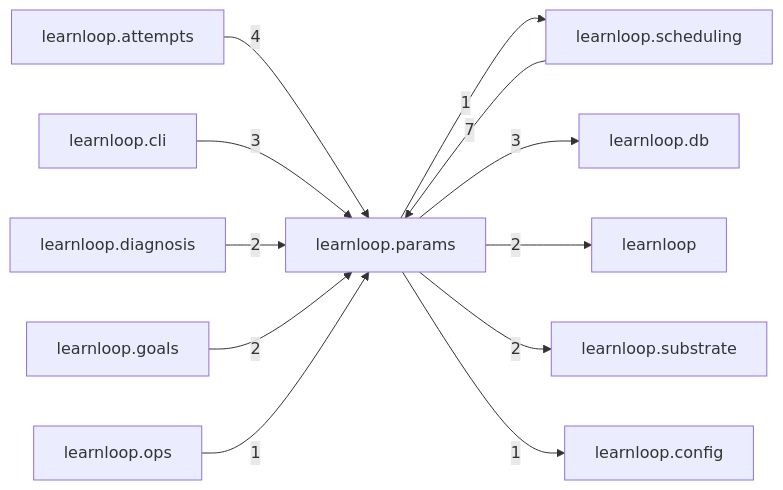
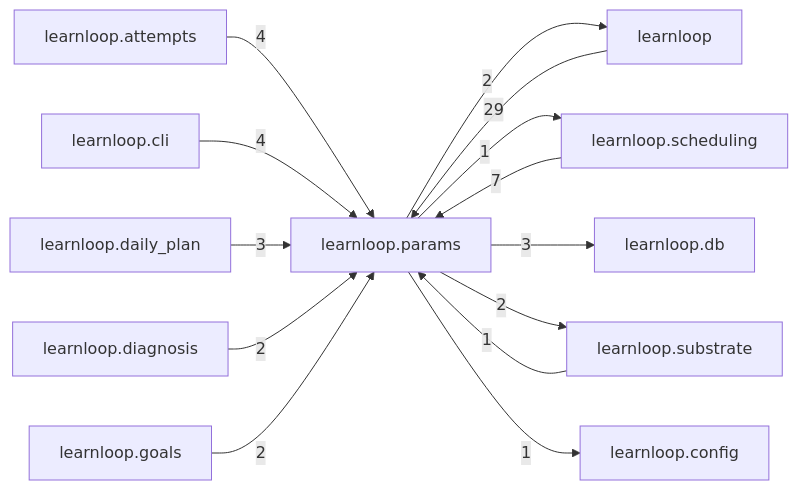
Before and after one commit to 6up-b/learnanything: the diagram in docs/learnloop-architecture-vault/Reference/Modules/learnloop/params/_package.md, drawn with Mermaid. The commit also changed other lines of this file and 1202 other files, not shown here.

````diff
--- a/docs/learnloop-architecture-vault/Reference/Modules/learnloop/params/_package.md
+++ b/docs/learnloop-architecture-vault/Reference/Modules/learnloop/params/_package.md
@@ -81,25 +89,27 @@
 ```mermaid
 flowchart LR
     center["learnloop.params"]
+    n_learnloop["learnloop"]
     n_learnloop_scheduling["learnloop.scheduling"]
     n_learnloop_attempts["learnloop.attempts"]
     n_learnloop_cli["learnloop.cli"]
+    n_learnloop_daily_plan["learnloop.daily_plan"]
     n_learnloop_db["learnloop.db"]
-    n_learnloop["learnloop"]
+    n_learnloop_substrate["learnloop.substrate"]
     n_learnloop_diagnosis["learnloop.diagnosis"]
     n_learnloop_goals["learnloop.goals"]
-    n_learnloop_substrate["learnloop.substrate"]
     n_learnloop_config["learnloop.config"]
-    n_learnloop_ops["learnloop.ops"]
+    n_learnloop -->|29| center
+    center -->|2| n_learnloop
     n_learnloop_scheduling -->|7| center
     center -->|1| n_learnloop_scheduling
     n_learnloop_attempts -->|4| center
-    n_learnloop_cli -->|3| center
+    n_learnloop_cli -->|4| center
+    n_learnloop_daily_plan -->|3| center
     center -->|3| n_learnloop_db
-    center -->|2| n_learnloop
+    n_learnloop_substrate -->|1| center
+    center -->|2| n_learnloop_substrate
     n_learnloop_diagnosis -->|2| center
     n_learnloop_goals -->|2| center
-    center -->|2| n_learnloop_substrate
     center -->|1| n_learnloop_config
-    n_learnloop_ops -->|1| center
 ```
````
